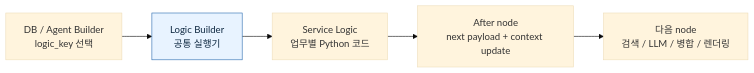
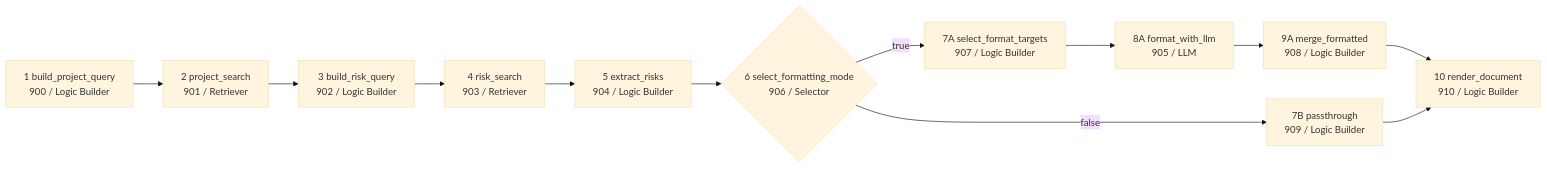
One commit to djoo-lgcns/dotfiles changed the second of 16 diagrams in README.md. Above: the diagram before and after it, drawn with Mermaid (base theme). The commit also changed other lines of this file, not shown here.

````diff
--- a/README.md
+++ b/README.md
@@ -14,10 +103,18 @@
 ```mermaid
 flowchart LR
-  DB["DB / Agent Builder<br/>logic_key 선택"] --> LB["Logic Builder<br/>공통 실행기"]
-  LB --> LOGIC["Service Logic<br/>업무별 Python 코드"]
-  LOGIC --> OUT["After node<br/>next payload + context update"]
-  OUT --> NEXT["다음 node<br/>검색 / LLM / 병합 / 렌더링"]
+  n1["1 build_project_query<br/>900 / Logic Builder"]
+  n2["2 project_search<br/>901 / Retriever"]
+  n3["3 build_risk_query<br/>902 / Logic Builder"]
+  n4["4 risk_search<br/>903 / Retriever"]
+  n5["5 extract_risks<br/>904 / Logic Builder"]
+  n6{"6 select_formatting_mode<br/>906 / Selector"}
+  n7a["7A select_format_targets<br/>907 / Logic Builder"]
+  n8a["8A format_with_llm<br/>905 / LLM"]
+  n9a["9A merge_formatted<br/>908 / Logic Builder"]
+  n7b["7B passthrough<br/>909 / Logic Builder"]
+  n10["10 render_document<br/>910 / Logic Builder"]
 
-  classDef focus fill:#e8f3ff,stroke:#2b6cb0,color:#102a43
-  class LB focus
+  n1 --> n2 --> n3 --> n4 --> n5 --> n6
+  n6 -->|true| n7a --> n8a --> n9a --> n10
+  n6 -->|false| n7b --> n10
 ```
````
